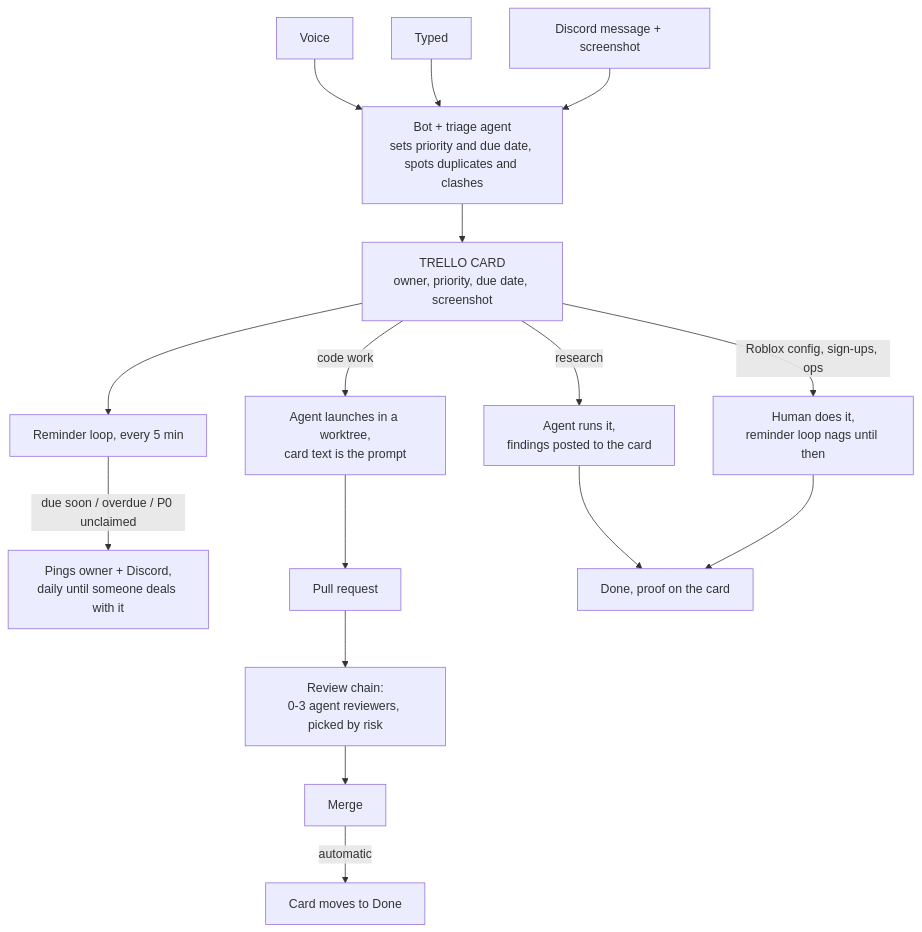
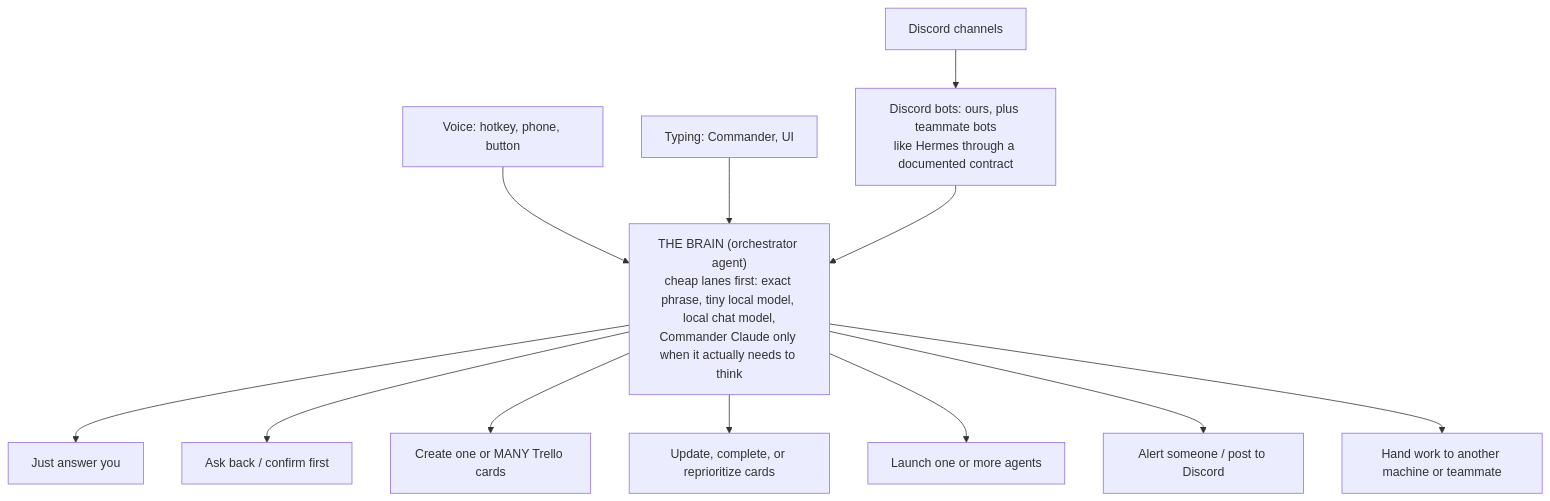
The diagram in PLANS/2026-08-24/THE_PLAN_SIMPLE.md (SmolSmolStar/agent-workspace), drawn with Mermaid before and after one commit. The commit also changed other lines of this file and 4 other files, not shown here.

First line of the commit message:
docs(plans): the one-pager now shows decisions, not pipes: the brain chooses actions, humans gate merges, reminders are budgeted, and Agent Workspace is the window

````diff
--- a/PLANS/2026-08-24/THE_PLAN_SIMPLE.md
+++ b/PLANS/2026-08-24/THE_PLAN_SIMPLE.md
@@ -9,22 +8,17 @@
 ```mermaid
 flowchart TD
-    V["Voice"] --> B
-    K["Typed"] --> B
-    D["Discord message + screenshot"] --> B
-    B["Bot + triage agent<br/>sets priority and due date, spots duplicates and clashes"] --> C
-    C["TRELLO CARD<br/>owner, priority, due date, screenshot"]
+    V["Voice: hotkey, phone, button"] --> BR
+    K["Typing: Commander, UI"] --> BR
+    DC["Discord channels"] --> DB
+    DB["Discord bots: ours, plus teammate bots<br/>like Hermes through a documented contract"] --> BR
 
-    C --> R["Reminder loop, every 5 min"]
-    R -->|"due soon / overdue / P0 unclaimed"| P["Pings owner + Discord,<br/>daily until someone deals with it"]
+    BR["THE BRAIN (orchestrator agent)<br/>cheap lanes first: exact phrase, tiny local model, local chat model,<br/>Commander Claude only when it actually needs to think"]
 
-    C -->|"code work"| A["Agent launches in a worktree,<br/>card text is the prompt"]
-    A --> PR["Pull request"]
-    PR --> RV["Review chain:<br/>0-3 agent reviewers, picked by risk"]
-    RV --> M["Merge"]
-    M -->|"automatic"| DN["Card moves to Done"]
-
-    C -->|"research"| RA["Agent runs it,<br/>findings posted to the card"]
-    RA --> DP["Done, proof on the card"]
-    C -->|"Roblox config, sign-ups, ops"| H["Human does it,<br/>reminder loop nags until then"]
-    H --> DP
+    BR --> A1["Just answer you"]
+    BR --> A2["Ask back / confirm first"]
+    BR --> A3["Create one or MANY Trello cards"]
+    BR --> A4["Update, complete, or reprioritize cards"]
+    BR --> A5["Launch one or more agents"]
+    BR --> A6["Alert someone / post to Discord"]
+    BR --> A7["Hand work to another machine or teammate"]
 ```
````
